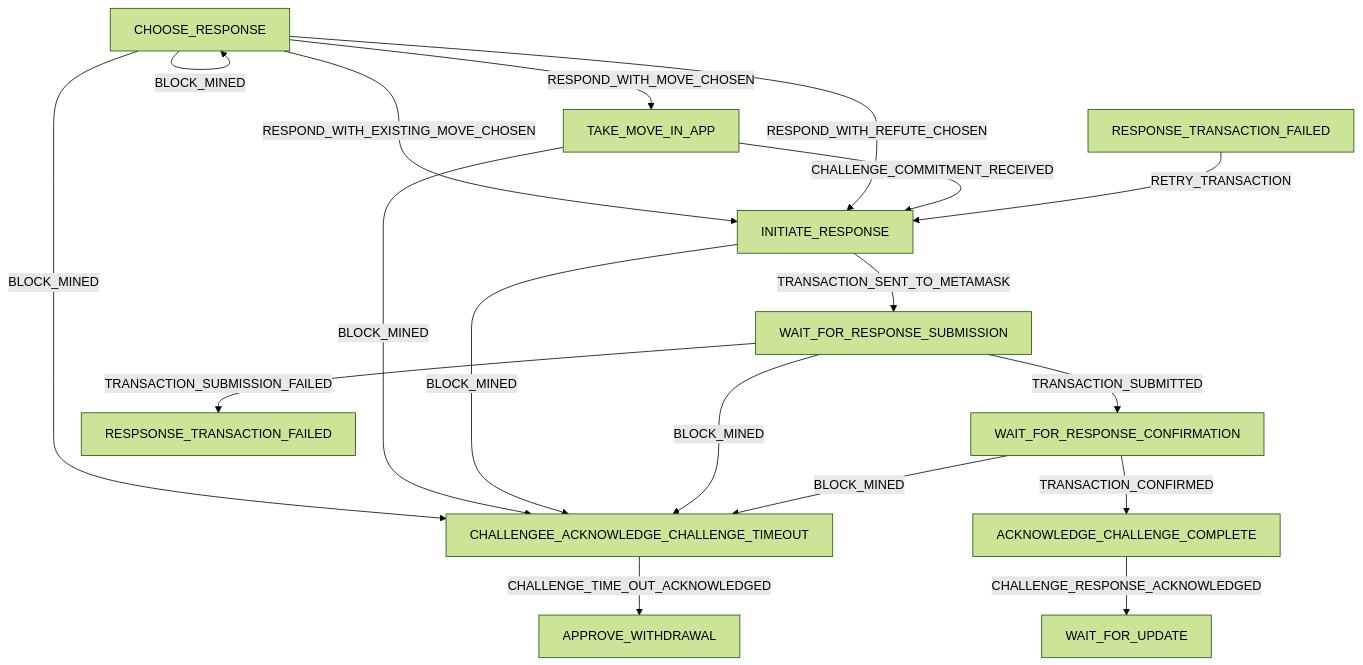
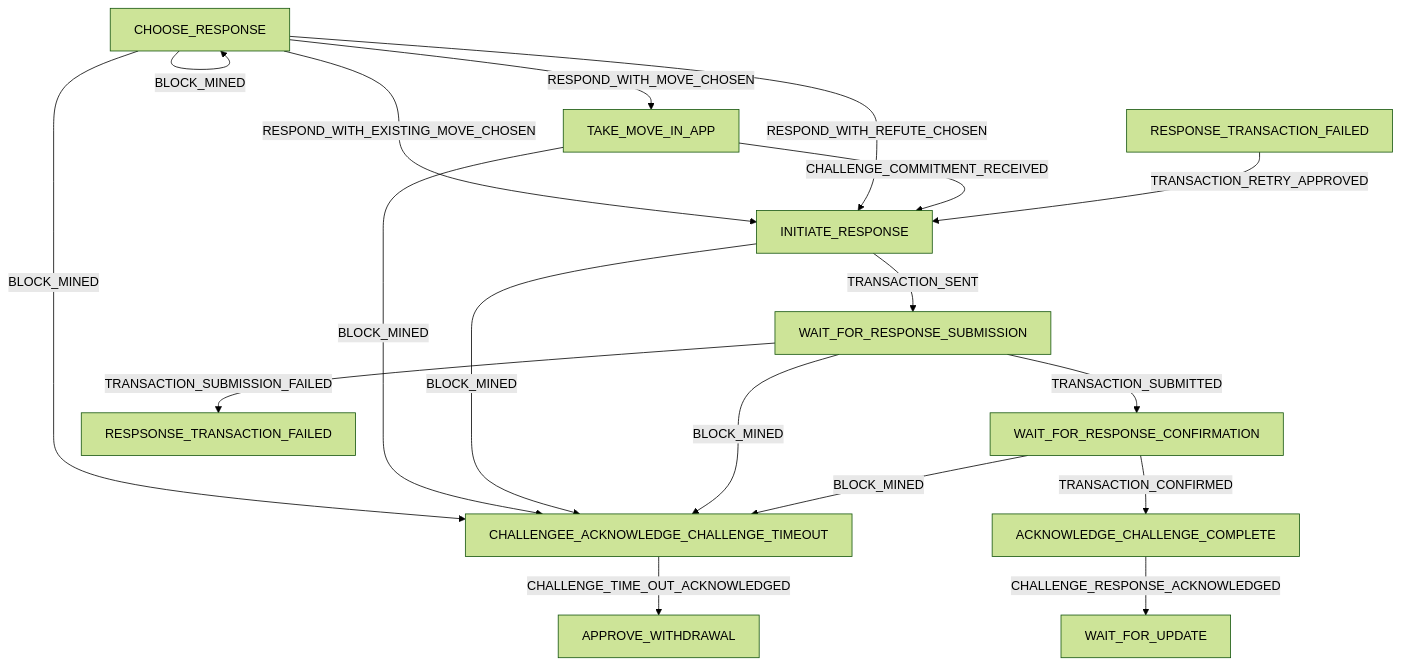
The eighth of 11 diagrams in packages/rps/packages/wallet/notes/desired-redux-diagrams.md (statechannels/statechannels), drawn with Mermaid (forest theme) before and after one commit. The commit also changed other lines of this file and 40 other files, not shown here.

First line of the commit message:
Merge pull request #347 from magmo/transaction-submission

````diff
--- a/packages/rps/packages/wallet/notes/desired-redux-diagrams.md
+++ b/packages/rps/packages/wallet/notes/desired-redux-diagrams.md
@@ -150,28 +172,28 @@
 ```mermaid
   graph TD
     CHOOSE_RESPONSE --> |RESPOND_WITH_MOVE_CHOSEN| TAKE_MOVE_IN_APP
     CHOOSE_RESPONSE --> |RESPOND_WITH_EXISTING_MOVE_CHOSEN| INITIATE_RESPONSE
     CHOOSE_RESPONSE --> |RESPOND_WITH_REFUTE_CHOSEN| INITIATE_RESPONSE
     CHOOSE_RESPONSE --> |BLOCK_MINED| CHOOSE_RESPONSE
     CHOOSE_RESPONSE --> |BLOCK_MINED| CHALLENGEE_ACKNOWLEDGE_CHALLENGE_TIMEOUT
 
     TAKE_MOVE_IN_APP --> |CHALLENGE_COMMITMENT_RECEIVED| INITIATE_RESPONSE
     TAKE_MOVE_IN_APP --> |BLOCK_MINED| CHALLENGEE_ACKNOWLEDGE_CHALLENGE_TIMEOUT
 
-    INITIATE_RESPONSE --> |TRANSACTION_SENT_TO_METAMASK| WAIT_FOR_RESPONSE_SUBMISSION
+    INITIATE_RESPONSE --> |TRANSACTION_SENT| WAIT_FOR_RESPONSE_SUBMISSION
     INITIATE_RESPONSE --> |BLOCK_MINED| CHALLENGEE_ACKNOWLEDGE_CHALLENGE_TIMEOUT
-    
+
     WAIT_FOR_RESPONSE_SUBMISSION --> |TRANSACTION_SUBMITTED| WAIT_FOR_RESPONSE_CONFIRMATION
     WAIT_FOR_RESPONSE_SUBMISSION --> |TRANSACTION_SUBMISSION_FAILED| RESPSONSE_TRANSACTION_FAILED
     WAIT_FOR_RESPONSE_SUBMISSION --> |BLOCK_MINED| CHALLENGEE_ACKNOWLEDGE_CHALLENGE_TIMEOUT
 
     WAIT_FOR_RESPONSE_CONFIRMATION --> |BLOCK_MINED| CHALLENGEE_ACKNOWLEDGE_CHALLENGE_TIMEOUT
     WAIT_FOR_RESPONSE_CONFIRMATION --> |TRANSACTION_CONFIRMED| ACKNOWLEDGE_CHALLENGE_COMPLETE
 
-    
+
     CHALLENGEE_ACKNOWLEDGE_CHALLENGE_TIMEOUT --> |CHALLENGE_TIME_OUT_ACKNOWLEDGED| APPROVE_WITHDRAWAL
-   
+
     ACKNOWLEDGE_CHALLENGE_COMPLETE --> |CHALLENGE_RESPONSE_ACKNOWLEDGED| WAIT_FOR_UPDATE
 CHALLENGEE_ACKNOWLEDGE_CHALLENGE_TIMEOUT
-    RESPONSE_TRANSACTION_FAILED --> |RETRY_TRANSACTION| INITIATE_RESPONSE
+    RESPONSE_TRANSACTION_FAILED --> |TRANSACTION_RETRY_APPROVED| INITIATE_RESPONSE
 ```
````
